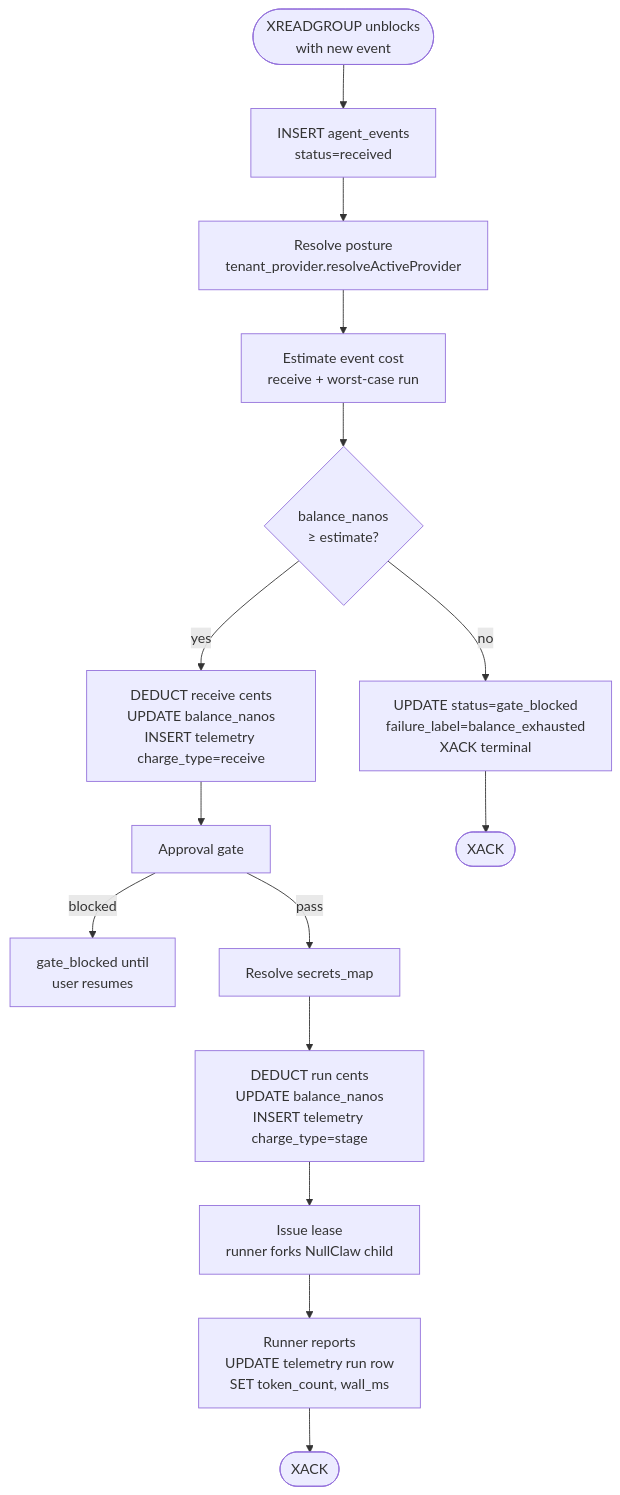
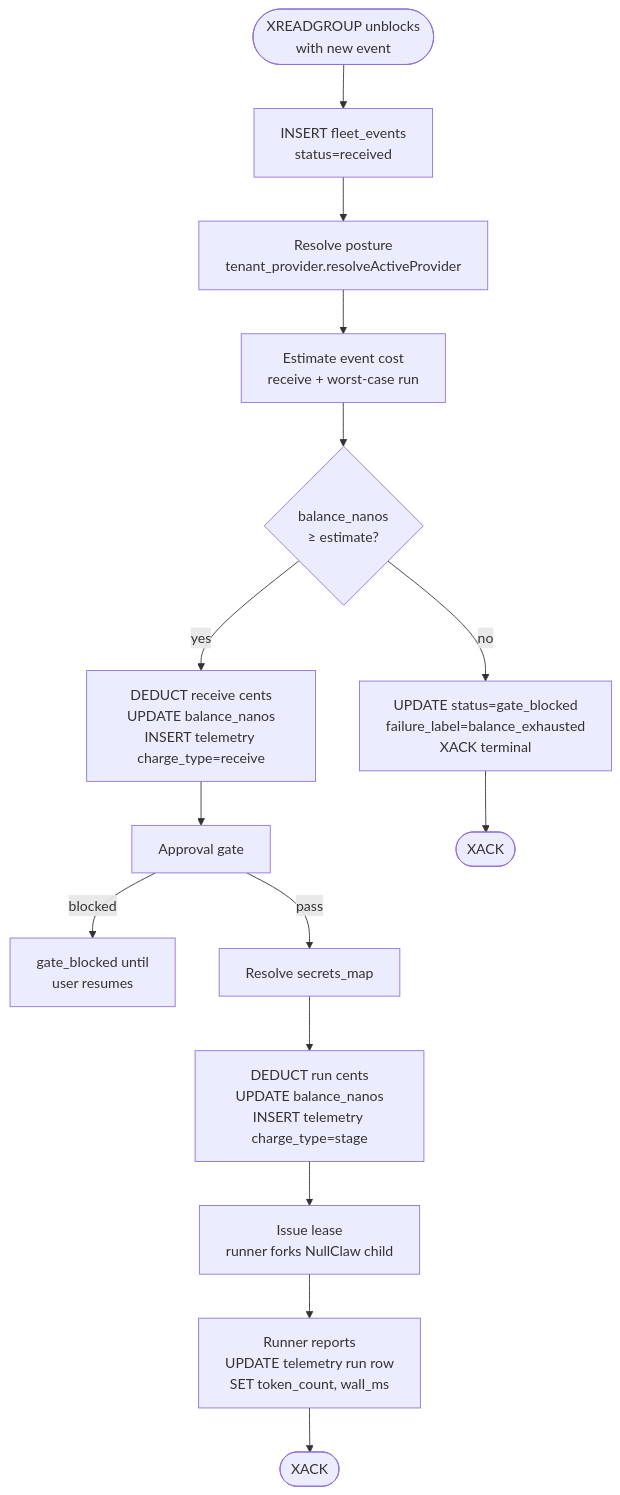
One commit to agentsfleet/agentsfleet changed the diagram in docs/architecture/scenarios/03_balance_gate.md. Above: the diagram before and after it, drawn with Mermaid. The commit also changed other lines of this file and 787 other files, not shown here.

First line of the commit message:
chore(m94): WIP snapshot — fleet-bundle scaffolding + architecture docs reconciled

````diff
--- a/docs/architecture/scenarios/03_balance_gate.md
+++ b/docs/architecture/scenarios/03_balance_gate.md
@@ -9,17 +9,17 @@
 ```mermaid
 flowchart TD
-    Start([XREADGROUP unblocks<br/>with new event]) --> Insert[INSERT agent_events<br/>status=received]
+    Start([XREADGROUP unblocks<br/>with new event]) --> Insert[INSERT fleet_events<br/>status=received]
     Insert --> Resolve[Resolve posture<br/>tenant_provider.resolveActiveProvider]
     Resolve --> Estimate[Estimate event cost<br/>receive + worst-case run]
     Estimate --> Gate{balance_nanos<br/>≥ estimate?}
     Gate -->|no| Block[UPDATE status=gate_blocked<br/>failure_label=balance_exhausted<br/>XACK terminal]
     Gate -->|yes| RDeduct[DEDUCT receive cents<br/>UPDATE balance_nanos<br/>INSERT telemetry charge_type=receive]
     RDeduct --> Approve[Approval gate]
     Approve -->|blocked| Wait[gate_blocked until<br/>user resumes]
     Approve -->|pass| Secrets[Resolve secrets_map]
     Secrets --> SDeduct[DEDUCT run cents<br/>UPDATE balance_nanos<br/>INSERT telemetry charge_type=stage]
     SDeduct --> Exec[Issue lease<br/>runner forks NullClaw child]
     Exec --> Result[Runner reports<br/>UPDATE telemetry run row<br/>SET token_count, wall_ms]
     Result --> End([XACK])
     Block --> EndBlocked([XACK])
 ```
````
